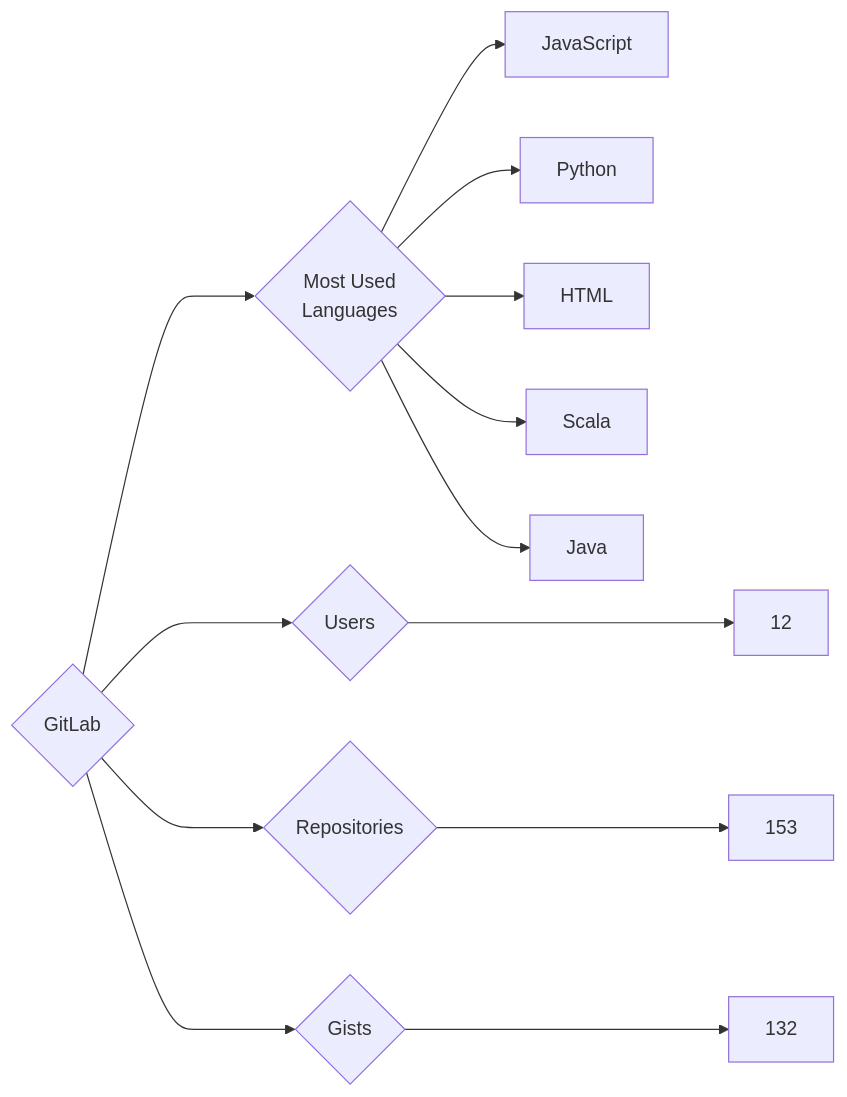
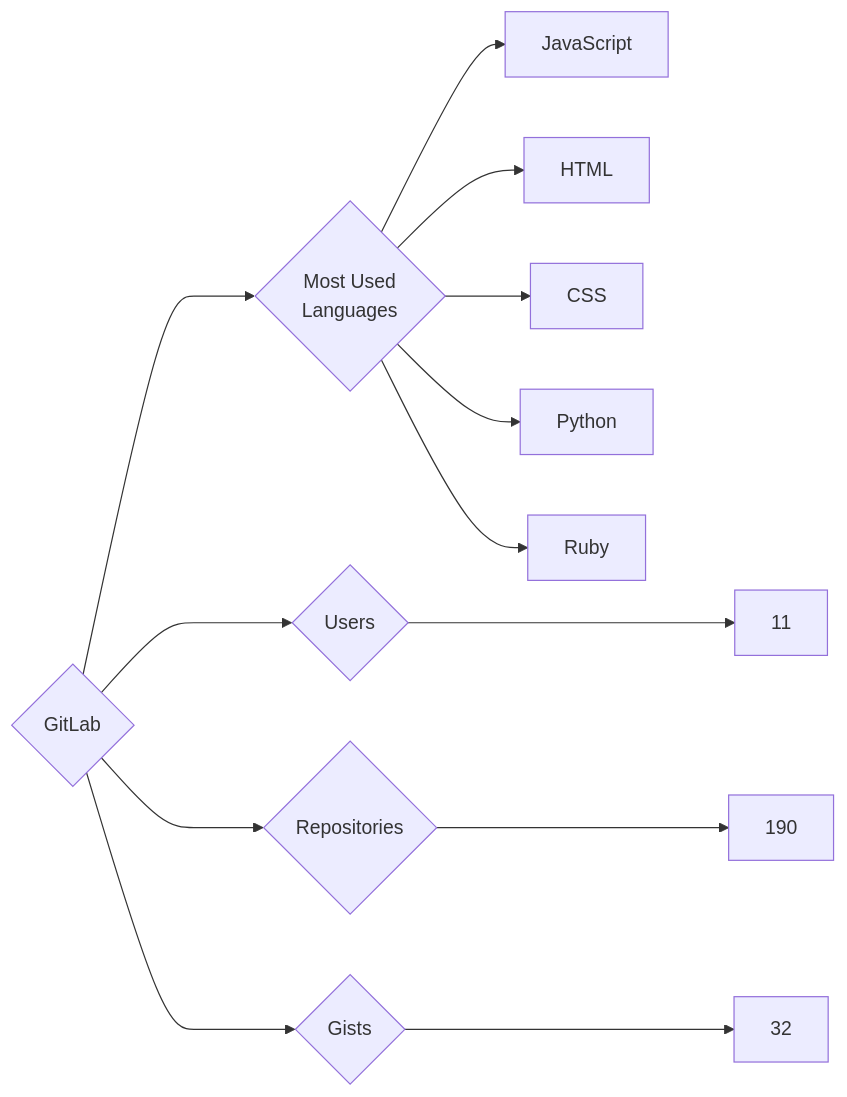
The diagram in targets/GitLab/README.md (trickest/insiders), drawn with Mermaid before and after one commit. The commit also changed 657 other files, not shown here.

````diff
--- a/targets/GitLab/README.md
+++ b/targets/GitLab/README.md
@@ -3,13 +3,13 @@
 ```mermaid
 graph LR
 COMPANY_NAME{GitLab}
-COMPANY_NAME ---> U{Users} ---> UN[12]
-COMPANY_NAME ---> R{Repositories} ---> RN[153]
-COMPANY_NAME ---> G{Gists} ---> GN[132]
+COMPANY_NAME ---> U{Users} ---> UN[11]
+COMPANY_NAME ---> R{Repositories} ---> RN[190]
+COMPANY_NAME ---> G{Gists} ---> GN[32]
 COMPANY_NAME ---> ML{Most Used<br>Languages}
 ML --> JavaScript[JavaScript]
+ML --> HTML[HTML]
+ML --> CSS[CSS]
 ML --> Python[Python]
-ML --> HTML[HTML]
-ML --> Scala[Scala]
-ML --> Java[Java]
+ML --> Ruby[Ruby]
 ```
````
